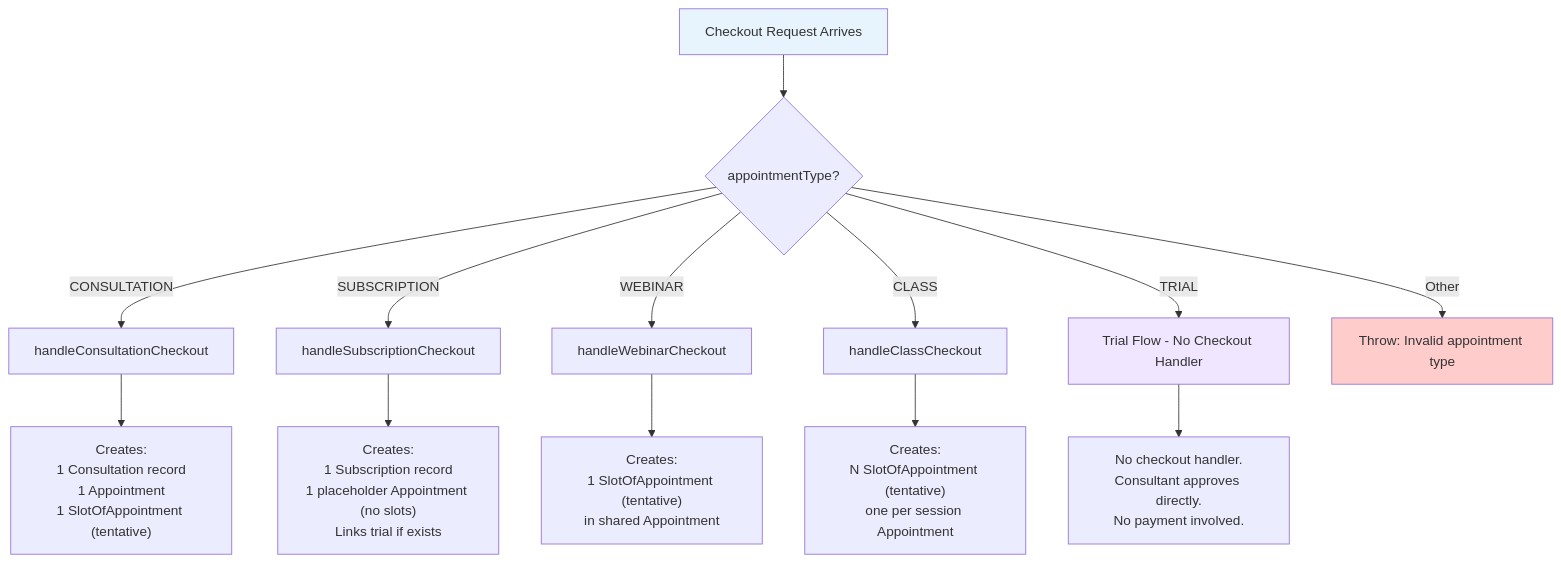
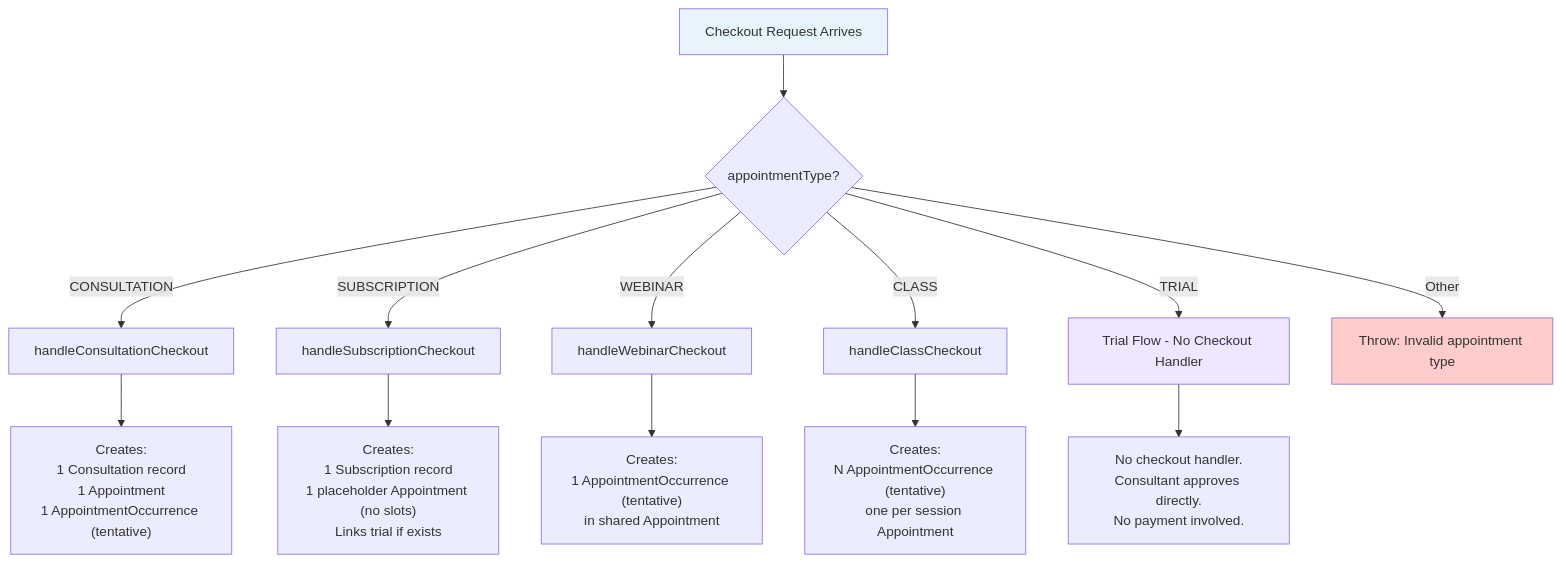
One commit to Practitionist/familiarise_web changed the third of 16 diagrams in docs/booking/06-booking-lifecycle.md. Above: the diagram before and after it, drawn with Mermaid. The commit also changed other lines of this file and 107 other files, not shown here.

Commit message:
docs(vocabulary): the scheduling glossary, booking, feedback, support, stream and review docs speak AppointmentOccurrence, Meeting and Trial (#1554)

````diff
--- a/docs/booking/06-booking-lifecycle.md
+++ b/docs/booking/06-booking-lifecycle.md
@@ -149,21 +149,21 @@
 ```mermaid
 flowchart TD
     START[Checkout Request Arrives] --> CHECK_TYPE{appointmentType?}
 
     CHECK_TYPE -->|CONSULTATION| CONSULT[handleConsultationCheckout]
     CHECK_TYPE -->|SUBSCRIPTION| SUB[handleSubscriptionCheckout]
     CHECK_TYPE -->|WEBINAR| WEB[handleWebinarCheckout]
     CHECK_TYPE -->|CLASS| CLS[handleClassCheckout]
     CHECK_TYPE -->|TRIAL| TRIAL[Trial Flow - No Checkout Handler]
     CHECK_TYPE -->|Other| ERR[Throw: Invalid appointment type]
 
-    CONSULT --> CONSULT_DB["Creates:<br/>1 Consultation record<br/>1 Appointment<br/>1 SlotOfAppointment (tentative)"]
+    CONSULT --> CONSULT_DB["Creates:<br/>1 Consultation record<br/>1 Appointment<br/>1 AppointmentOccurrence (tentative)"]
     SUB --> SUB_DB["Creates:<br/>1 Subscription record<br/>1 placeholder Appointment (no slots)<br/>Links trial if exists"]
-    WEB --> WEB_DB["Creates:<br/>1 SlotOfAppointment (tentative)<br/>in shared Appointment"]
-    CLS --> CLS_DB["Creates:<br/>N SlotOfAppointment (tentative)<br/>one per session Appointment"]
+    WEB --> WEB_DB["Creates:<br/>1 AppointmentOccurrence (tentative)<br/>in shared Appointment"]
+    CLS --> CLS_DB["Creates:<br/>N AppointmentOccurrence (tentative)<br/>one per session Appointment"]
     TRIAL --> TRIAL_DB["No checkout handler.<br/>Consultant approves directly.<br/>No payment involved."]
 
     style START fill:#e8f4fd
     style ERR fill:#ffcccc
     style TRIAL fill:#f0e6ff
 ```
````
